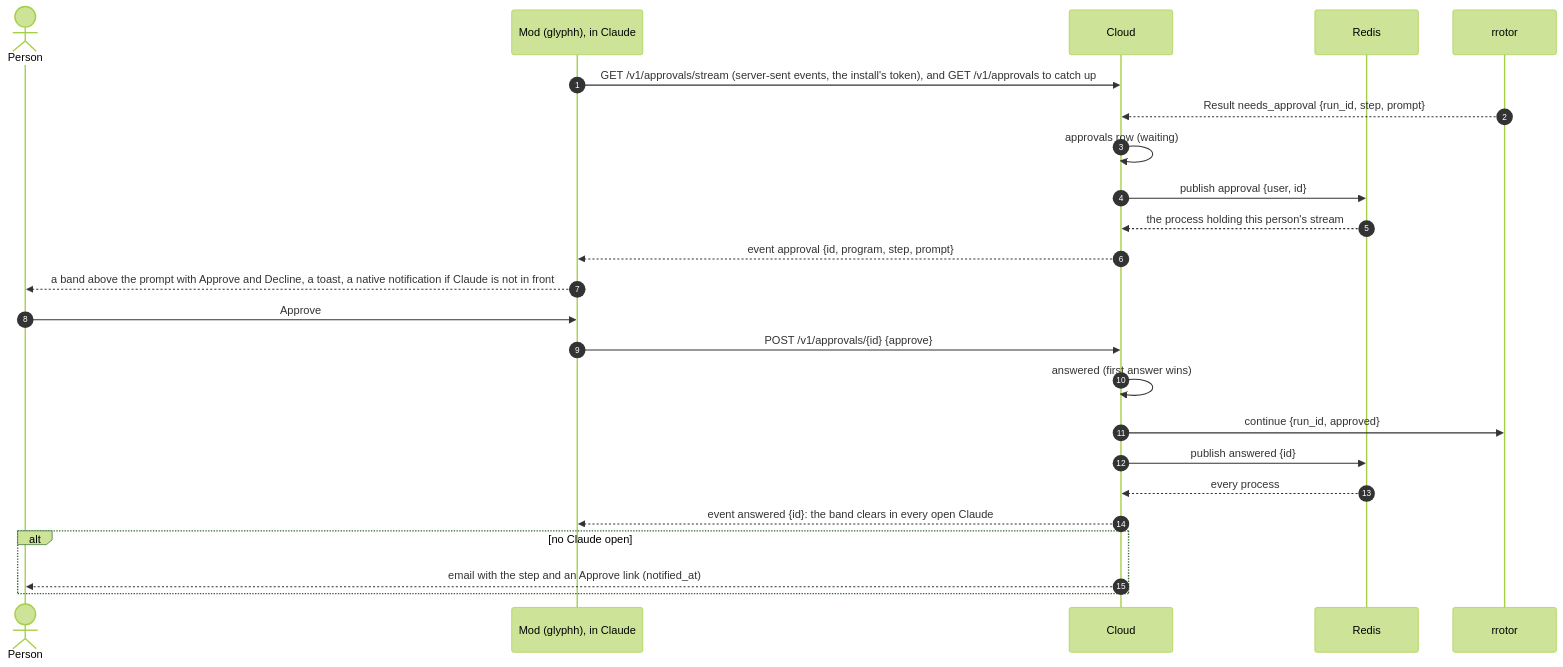
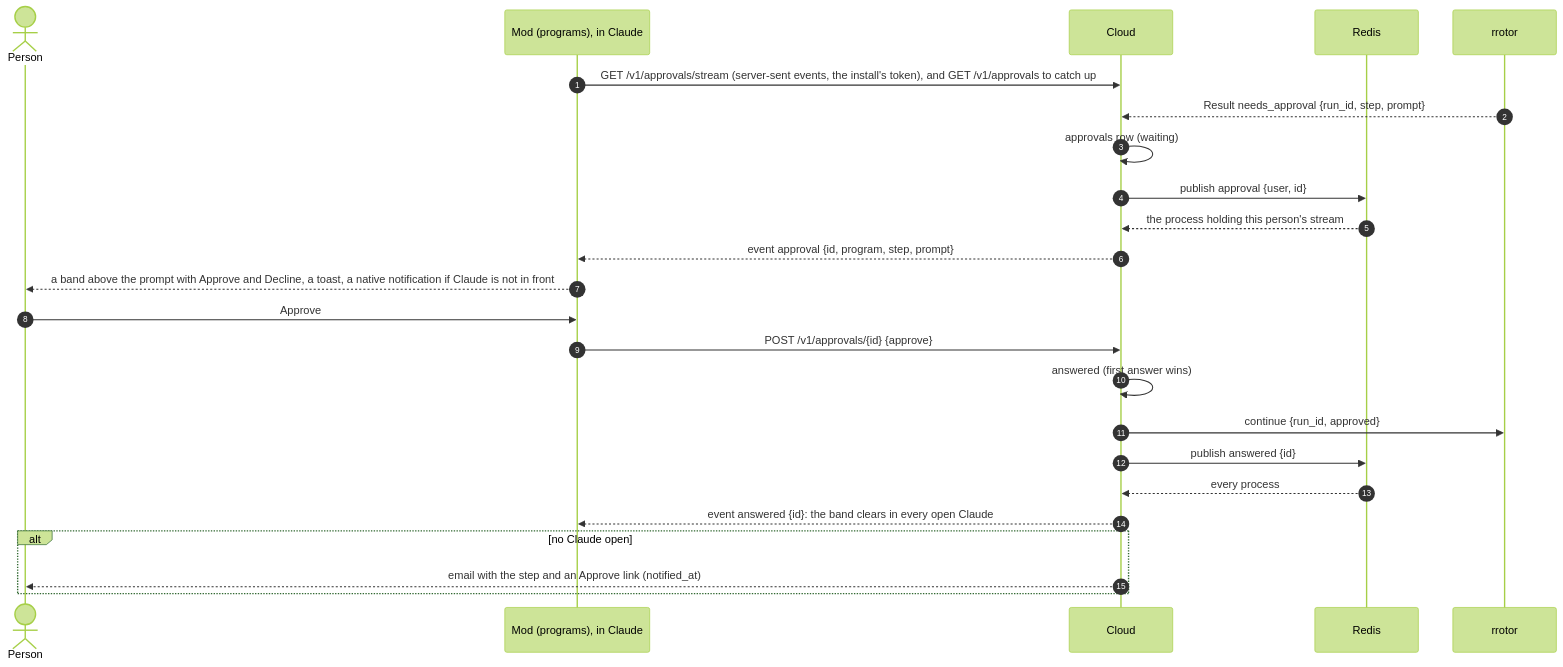
The tenth of 13 diagrams in docs/architecture.md (glyphh-ai/rrotor), drawn with Mermaid (forest theme) before and after one commit. The commit also changed other lines of this file, not shown here.

````diff
--- a/docs/architecture.md
+++ b/docs/architecture.md
@@ -354,26 +379,26 @@
 ```mermaid
 sequenceDiagram
     autonumber
     actor P as Person
-    participant M as Mod (glyphh), in Claude
+    participant M as Mod (programs), in Claude
     participant G as Cloud
     participant Q as Redis
     participant H as rrotor
     M->>G: GET /v1/approvals/stream (server-sent events, the install's token), and GET /v1/approvals to catch up
     H-->>G: Result needs_approval {run_id, step, prompt}
     G->>G: approvals row (waiting)
     G->>Q: publish approval {user, id}
     Q-->>G: the process holding this person's stream
     G-->>M: event approval {id, program, step, prompt}
     M-->>P: a band above the prompt with Approve and Decline, a toast, a native notification if Claude is not in front
     P->>M: Approve
     M->>G: POST /v1/approvals/{id} {approve}
     G->>G: answered (first answer wins)
     G->>H: continue {run_id, approved}
     G->>Q: publish answered {id}
     Q-->>G: every process
     G-->>M: event answered {id}: the band clears in every open Claude
     alt no Claude open
         G-->>P: email with the step and an Approve link (notified_at)
     end
 ```
````
